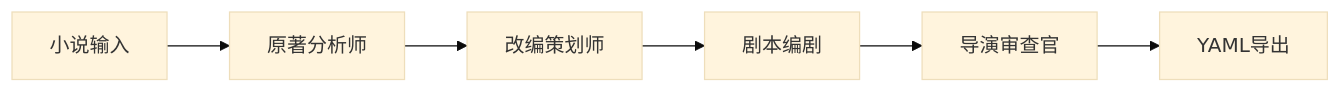
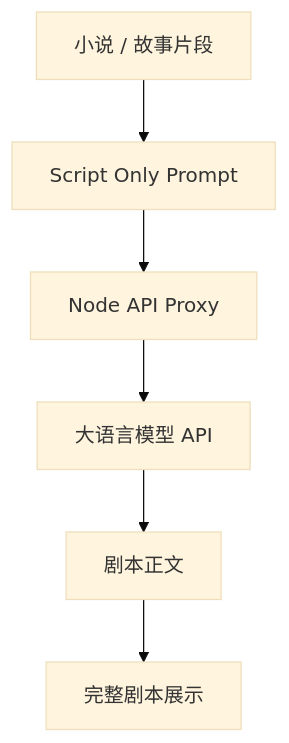
One commit to wyq030324-hub/StoryFlow-AI changed the second of 2 diagrams in README.md. Above: the diagram before and after it, drawn with Mermaid (base theme). The commit also changed other lines of this file, not shown here.

````diff
--- a/README.md
+++ b/README.md
@@ -30,8 +199,8 @@
 ```mermaid
-flowchart LR
-  A["小说输入"] --> B["原著分析师"]
-  B --> C["改编策划师"]
-  C --> D["剧本编剧"]
-  D --> E["导演审查官"]
-  E --> F["YAML导出"]
+flowchart TD
+  A["小说 / 故事片段"] --> B["Script Only Prompt"]
+  B --> C["Node API Proxy"]
+  C --> D["大语言模型 API"]
+  D --> E["剧本正文"]
+  E --> F["完整剧本展示"]
 ```
````
